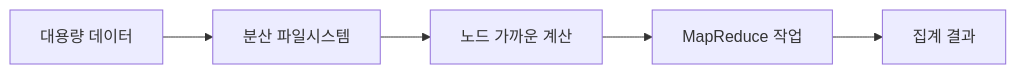
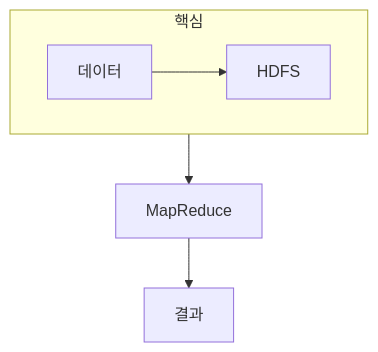
One commit to umyunsang/edu changed the diagram in ComputerScience/03_ai-ml-data/big-data-analysis/notes/02. 하둡과 분산 아키텍처.md. Above: the diagram before and after it, drawn with Mermaid. The commit also changed other lines of this file and 9 other files, not shown here.

````diff
--- a/ComputerScience/03_ai-ml-data/big-data-analysis/notes/02. 하둡과 분산 아키텍처.md
+++ b/ComputerScience/03_ai-ml-data/big-data-analysis/notes/02. 하둡과 분산 아키텍처.md
@@ -25,7 +21,9 @@
 ```mermaid
-flowchart LR
-    A["대용량 데이터"] --> B["분산 파일시스템"]
-    B --> C["노드 가까운 계산"]
-    C --> D["MapReduce 작업"]
-    D --> E["집계 결과"]
+flowchart TB
+    subgraph Core[핵심]
+        direction LR
+        A[데이터] --> B[HDFS]
+    end
+    B --> C[MapReduce]
+    C --> D[결과]
 ```
````
